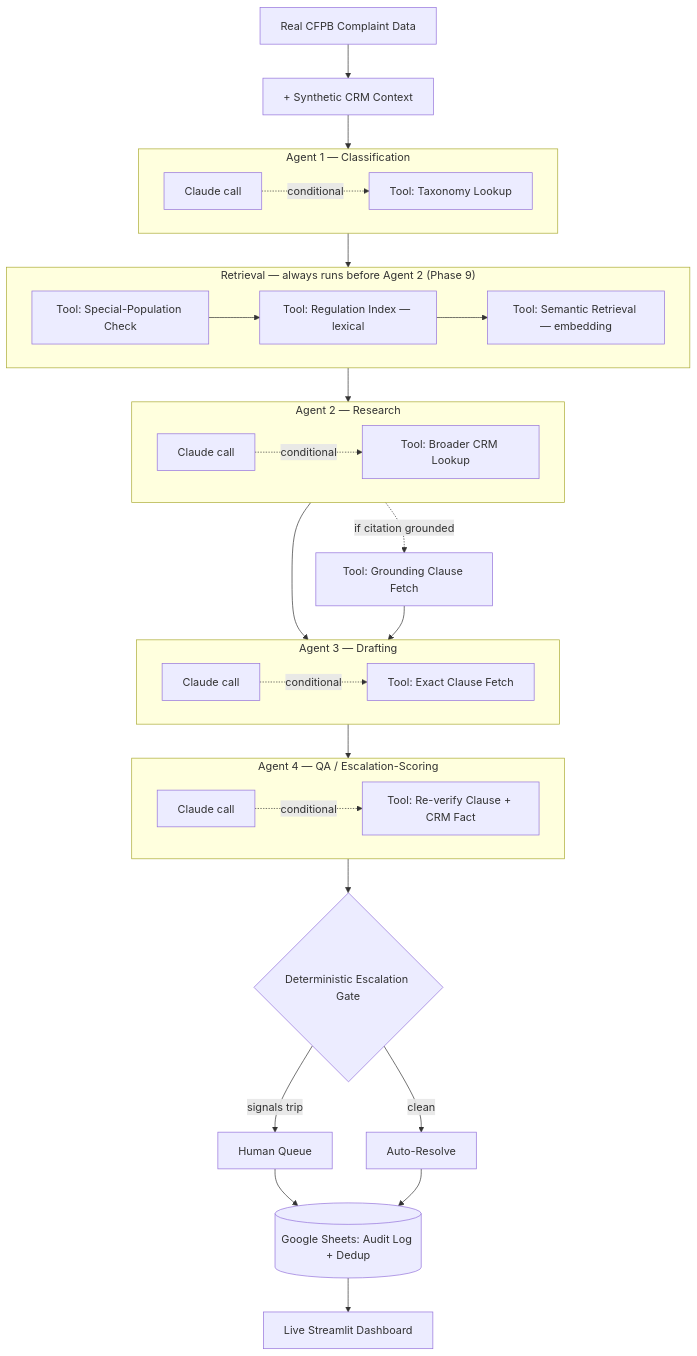
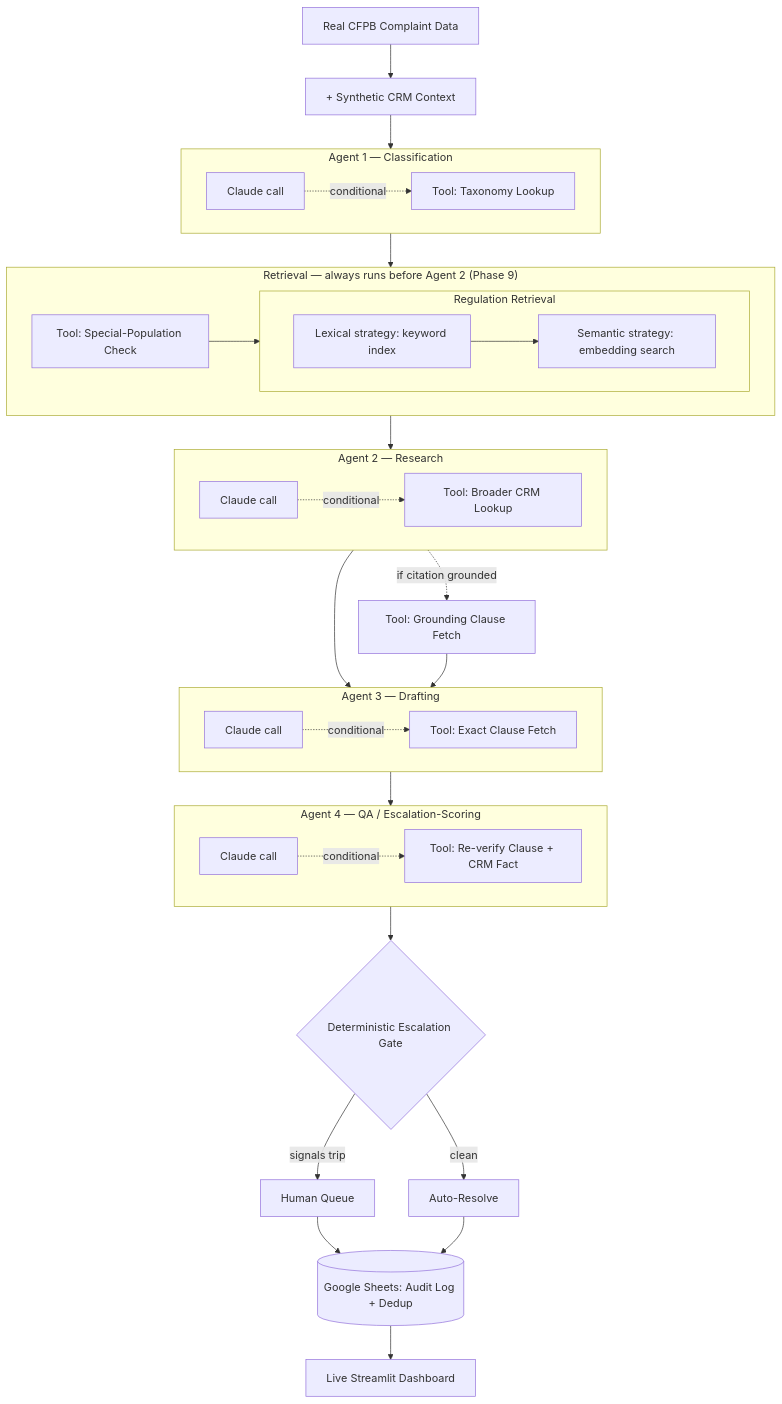
One commit to LeoTheGreatChan/complaint-triage-orchestrator changed the diagram in README.md. Above: the diagram before and after it, drawn with Mermaid. The commit also changed other lines of this file, not shown here.

````diff
--- a/README.md
+++ b/README.md
@@ -56,44 +62,48 @@
 ```mermaid
 flowchart TD
     A[Real CFPB Complaint Data] --> B[+ Synthetic CRM Context]
     B --> S1
 
     subgraph S1["Agent 1 — Classification"]
         direction LR
         A1[Claude call] -.->|conditional| A1T[Tool: Taxonomy Lookup]
     end
     S1 --> RET
 
     subgraph RET["Retrieval — always runs before Agent 2 (Phase 9)"]
         direction LR
-        RT1[Tool: Special-Population Check] --> RT2[Tool: Regulation Index — lexical]
-        RT2 --> RT3[Tool: Semantic Retrieval — embedding]
+        RT1[Tool: Special-Population Check] --> RR
+
+        subgraph RR["Regulation Retrieval"]
+            direction LR
+            RT2[Lexical strategy: keyword index] --> RT3[Semantic strategy: embedding search]
+        end
     end
     RET --> S2
 
     subgraph S2["Agent 2 — Research"]
         direction LR
         A2[Claude call] -.->|conditional| A2T2[Tool: Broader CRM Lookup]
     end
     S2 -.->|if citation grounded| GC[Tool: Grounding Clause Fetch]
     S2 --> S3
     GC --> S3
 
     subgraph S3["Agent 3 — Drafting"]
         direction LR
         A3[Claude call] -.->|conditional| A3T[Tool: Exact Clause Fetch]
     end
     S3 --> S4
 
     subgraph S4["Agent 4 — QA / Escalation-Scoring"]
         direction LR
         A4[Claude call] -.->|conditional| A4T[Tool: Re-verify Clause + CRM Fact]
     end
     S4 --> G{Deterministic Escalation Gate}
 
     G -->|signals trip| H[Human Queue]
     G -->|clean| I[Auto-Resolve]
     H --> J[(Google Sheets: Audit Log + Dedup)]
     I --> J
     J --> K[Live Streamlit Dashboard]
 ```
````
